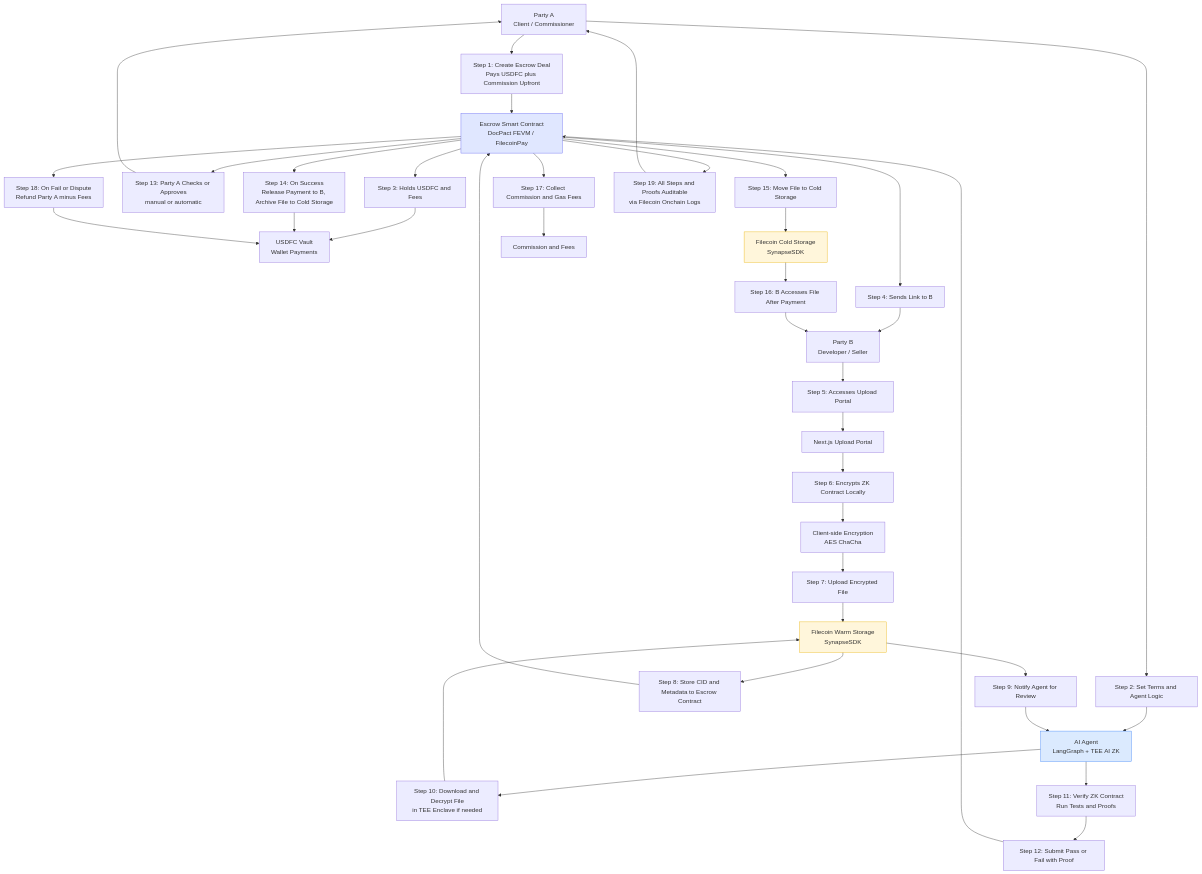
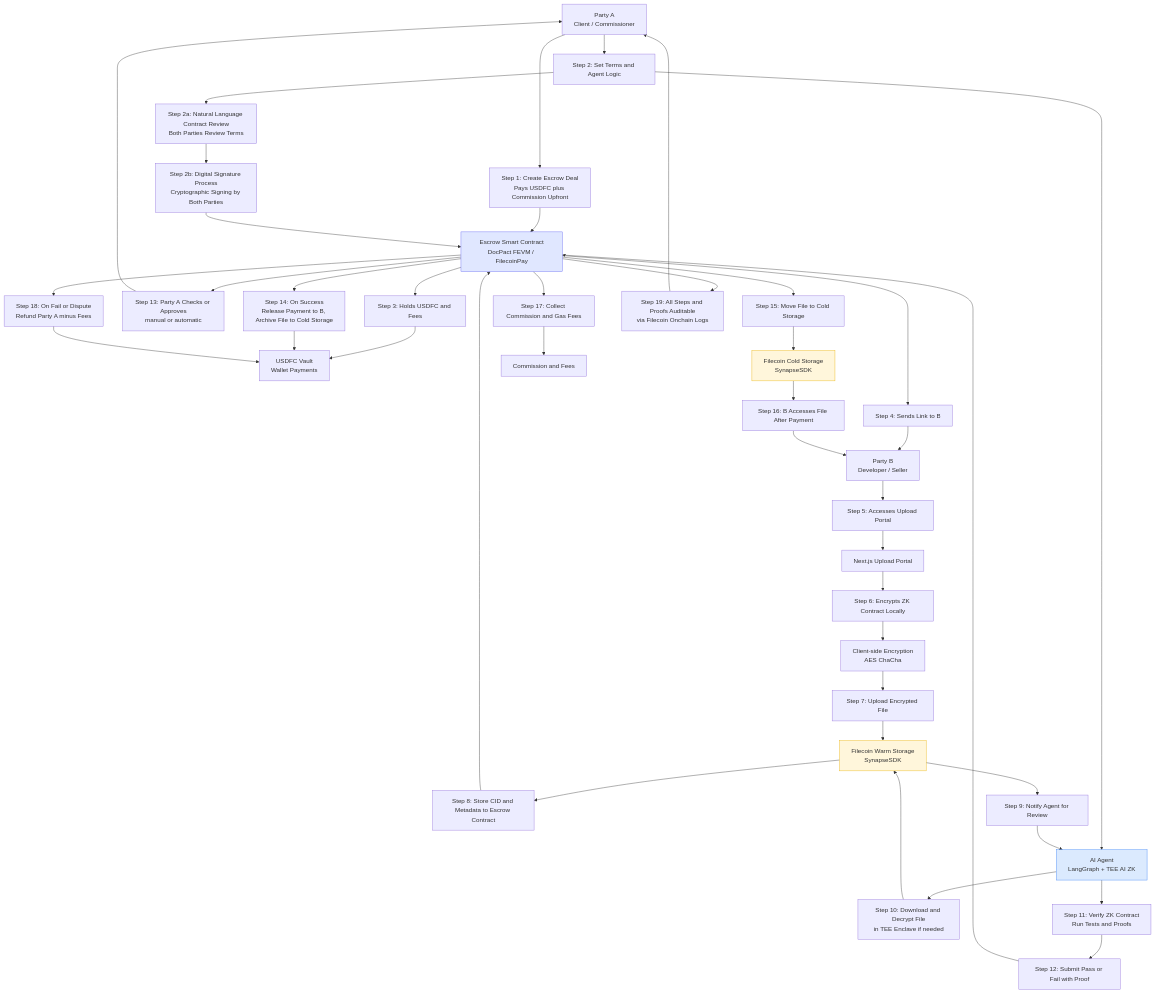
Before and after one commit to shreyan001/DocPact: the diagram in description.md, drawn with Mermaid. The commit also changed other lines of this file, not shown here.

````diff
--- a/description.md
+++ b/description.md
@@ -228,44 +253,47 @@
 ```mermaid 
 flowchart TD
     A["Party A<br>Client / Commissioner"] --> S1["Step 1: Create Escrow Deal<br>Pays USDFC plus Commission Upfront"] & S2["Step 2: Set Terms and Agent Logic"]
     S1 --> Escrow["Escrow Smart Contract<br>DocPact FEVM / FilecoinPay"]
     S2 --> Agent["AI Agent<br>LangGraph + TEE AI ZK"]
+    S2 --> S2a["Step 2a: Natural Language Contract Review<br>Both Parties Review Terms"]
+    S2a --> S2b["Step 2b: Digital Signature Process<br>Cryptographic Signing by Both Parties"]
+    S2b --> Escrow
     Escrow --> S3["Step 3: Holds USDFC and Fees"] & S4["Step 4: Sends Link to B"] & S13["Step 13: Party A Checks or Approves<br>manual or automatic"] & S14["Step 14: On Success<br>Release Payment to B, Archive File to Cold Storage"] & S15["Step 15: Move File to Cold Storage"] & S17["Step 17: Collect Commission and Gas Fees"] & S18["Step 18: On Fail or Dispute<br>Refund Party A minus Fees"] & S19["Step 19: All Steps and Proofs Auditable<br>via Filecoin Onchain Logs"]
     S3 --> Bank["USDFC Vault<br>Wallet Payments"]
     S4 --> B["Party B<br>Developer / Seller"]
     B --> S5["Step 5: Accesses Upload Portal"]
     S5 --> Portal["Next.js Upload Portal"]
     Portal --> S6["Step 6: Encrypts ZK Contract Locally"]
     S6 --> Encrypt["Client-side Encryption<br>AES ChaCha"]
     Encrypt --> S7["Step 7: Upload Encrypted File"]
     S7 --> Warm["Filecoin Warm Storage<br>SynapseSDK"]
     Warm --> S8["Step 8: Store CID and Metadata to Escrow Contract"] & S9["Step 9: Notify Agent for Review"]
     S8 --> Escrow
     S9 --> Agent
     Agent --> S10["Step 10: Download and Decrypt File<br>in TEE Enclave if needed"] & S11["Step 11: Verify ZK Contract<br>Run Tests and Proofs"]
     S10 --> Warm
     S11 --> S12["Step 12: Submit Pass or Fail with Proof"]
     S12 --> Escrow
     S13 --> A
     S14 --> Bank
     S15 --> Cold["Filecoin Cold Storage<br>SynapseSDK"]
     Cold --> S16["Step 16: B Accesses File After Payment"]
     S16 --> B
     S17 --> FeePool["Commission and Fees"]
     S18 --> Bank
     S19 --> A
 
      Escrow:::escrow
      Agent:::agent
      Warm:::storage
      Cold:::storage
     classDef storage fill:#fff6db,stroke:#eab308
     classDef escrow fill:#e0e7ff,stroke:#6366f1
     classDef agent fill:#dbeafe,stroke:#3b82f6
     click Escrow "https://github.com/FilOzone/filecoin-pay"
     click Agent "https://github.com/langchain-ai/langgraph"
     click Warm "https://www.npmjs.com/package/@filoz/synapse-sdk"
 
 
 
 ```
````
